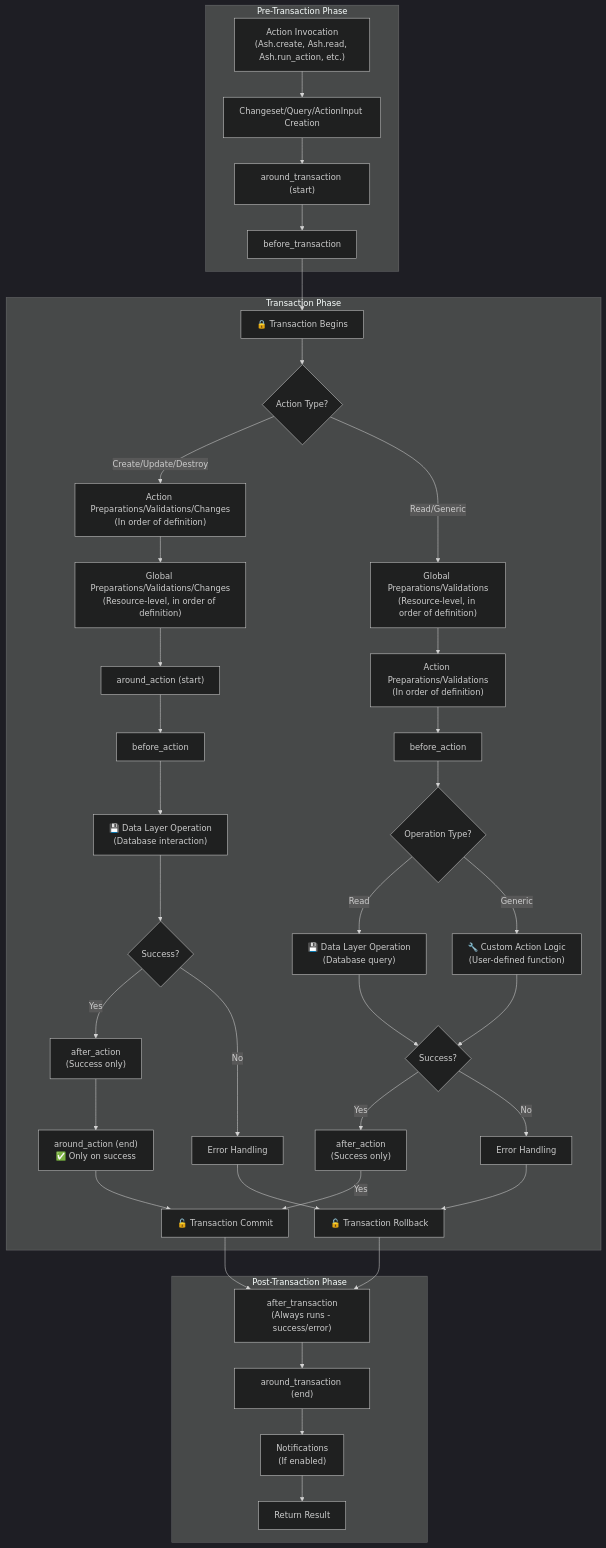
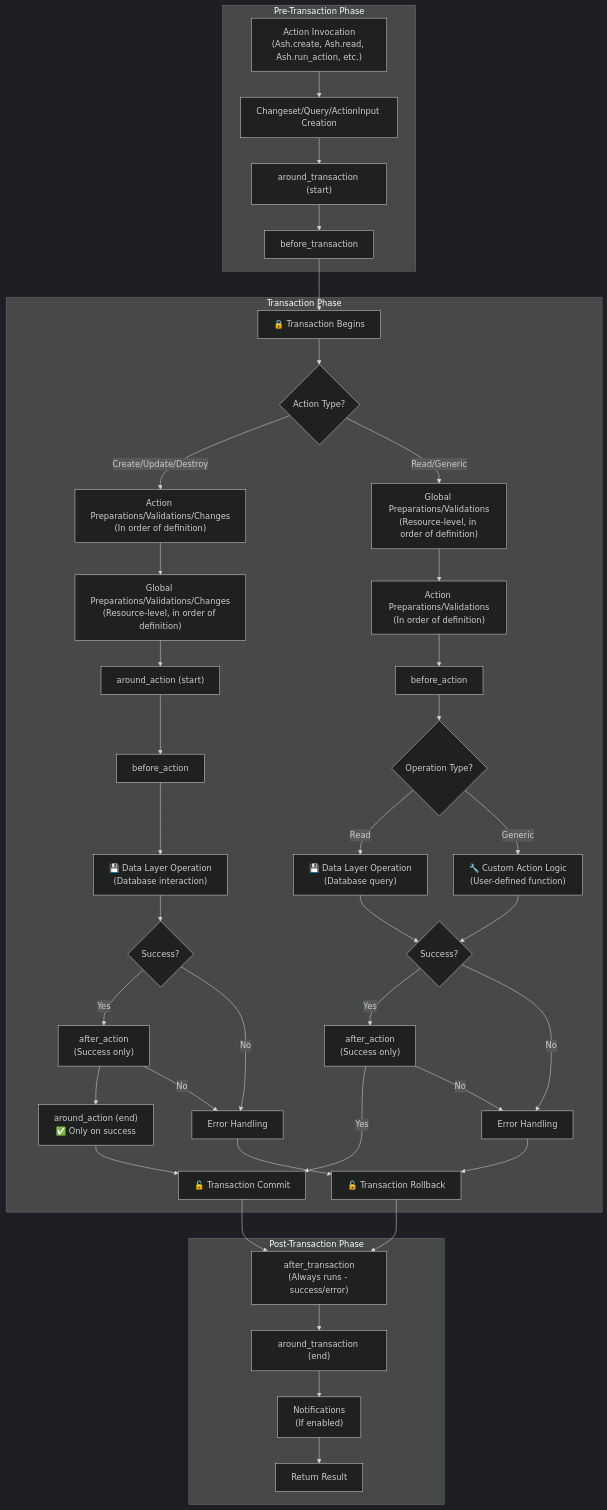
The diagram in documentation/topics/actions/actions.md (ash-project/ash), drawn with Mermaid (dark theme) before and after one commit.

Commit message:
Update actions.md
Update the graph to reflect that failed `after_action` also rolls back transaction

````diff
--- a/documentation/topics/actions/actions.md
+++ b/documentation/topics/actions/actions.md
@@ -295,50 +295,52 @@
 ```mermaid
 graph TD
     subgraph "Pre-Transaction Phase"
         START["Action Invocation<br/>(Ash.create, Ash.read, Ash.run_action, etc.)"] --> PREP["Changeset/Query/ActionInput Creation"]
         PREP --> AROUND_START["around_transaction (start)"]
         AROUND_START --> BEFORE_TRANS["before_transaction"]
     end
     
     subgraph "Transaction Phase"
         TRANS_START["🔒 Transaction Begins"] --> ACTION_TYPE{"Action Type?"}
         
         %% Create/Update/Destroy path
         ACTION_TYPE -->|"Create/Update/Destroy"| CUD_ACTION_PREP["Action Preparations/Validations/Changes<br/>(In order of definition)"]
         CUD_ACTION_PREP --> CUD_GLOBAL_PREP["Global Preparations/Validations/Changes<br/>(Resource-level, in order of definition)"]
         CUD_GLOBAL_PREP --> CUD_AROUND_ACTION_START["around_action (start)"]
         CUD_AROUND_ACTION_START --> CUD_BEFORE_ACTION["before_action"]
         CUD_BEFORE_ACTION --> DATA_LAYER["💾 Data Layer Operation<br/>(Database interaction)"]
         DATA_LAYER --> CUD_SUCCESS{"Success?"}
         CUD_SUCCESS -->|Yes| CUD_AFTER_ACTION["after_action<br/>(Success only)"]
         CUD_SUCCESS -->|No| CUD_ERROR_HANDLE["Error Handling"]
         CUD_AFTER_ACTION --> CUD_AROUND_ACTION_END["around_action (end)<br/>✅ Only on success"]
+        CUD_AFTER_ACTION -->|No| CUD_ERROR_HANDLE
         CUD_ERROR_HANDLE --> TRANS_ROLLBACK["🔓 Transaction Rollback"]
         CUD_AROUND_ACTION_END --> TRANS_COMMIT["🔓 Transaction Commit"]
         
         %% Read/Generic path
         ACTION_TYPE -->|"Read/Generic"| RG_GLOBAL_PREP["Global Preparations/Validations<br/>(Resource-level, in order of definition)"]
         RG_GLOBAL_PREP --> RG_ACTION_PREP["Action Preparations/Validations<br/>(In order of definition)"]
         RG_ACTION_PREP --> RG_BEFORE_ACTION[before_action]
         RG_BEFORE_ACTION --> RG_OPERATION{"Operation Type?"}
         RG_OPERATION -->|"Read"| READ_DATA_LAYER["💾 Data Layer Operation<br/>(Database query)"]
         RG_OPERATION -->|"Generic"| GENERIC_LOGIC["🔧 Custom Action Logic<br/>(User-defined function)"]
         READ_DATA_LAYER --> RG_SUCCESS{"Success?"}
         GENERIC_LOGIC --> RG_SUCCESS
         RG_SUCCESS -->|Yes| RG_AFTER_ACTION["after_action<br/>(Success only)"]
         RG_AFTER_ACTION -->|Yes| TRANS_COMMIT
+        RG_AFTER_ACTION -->|No| RG_ERROR_HANDLE
         RG_SUCCESS -->|No| RG_ERROR_HANDLE["Error Handling"]
         RG_ERROR_HANDLE --> TRANS_ROLLBACK
     end
     
     subgraph "Post-Transaction Phase"
         AFTER_TRANS["after_transaction<br/>(Always runs - success/error)"] --> AROUND_END["around_transaction (end)"]
         AROUND_END --> NOTIFICATIONS["Notifications<br/>(If enabled)"]
         NOTIFICATIONS --> RESULT["Return Result"]
     end
     
     %% Flow connections
     BEFORE_TRANS --> TRANS_START
     TRANS_COMMIT --> AFTER_TRANS
     TRANS_ROLLBACK --> AFTER_TRANS
 ```
````
